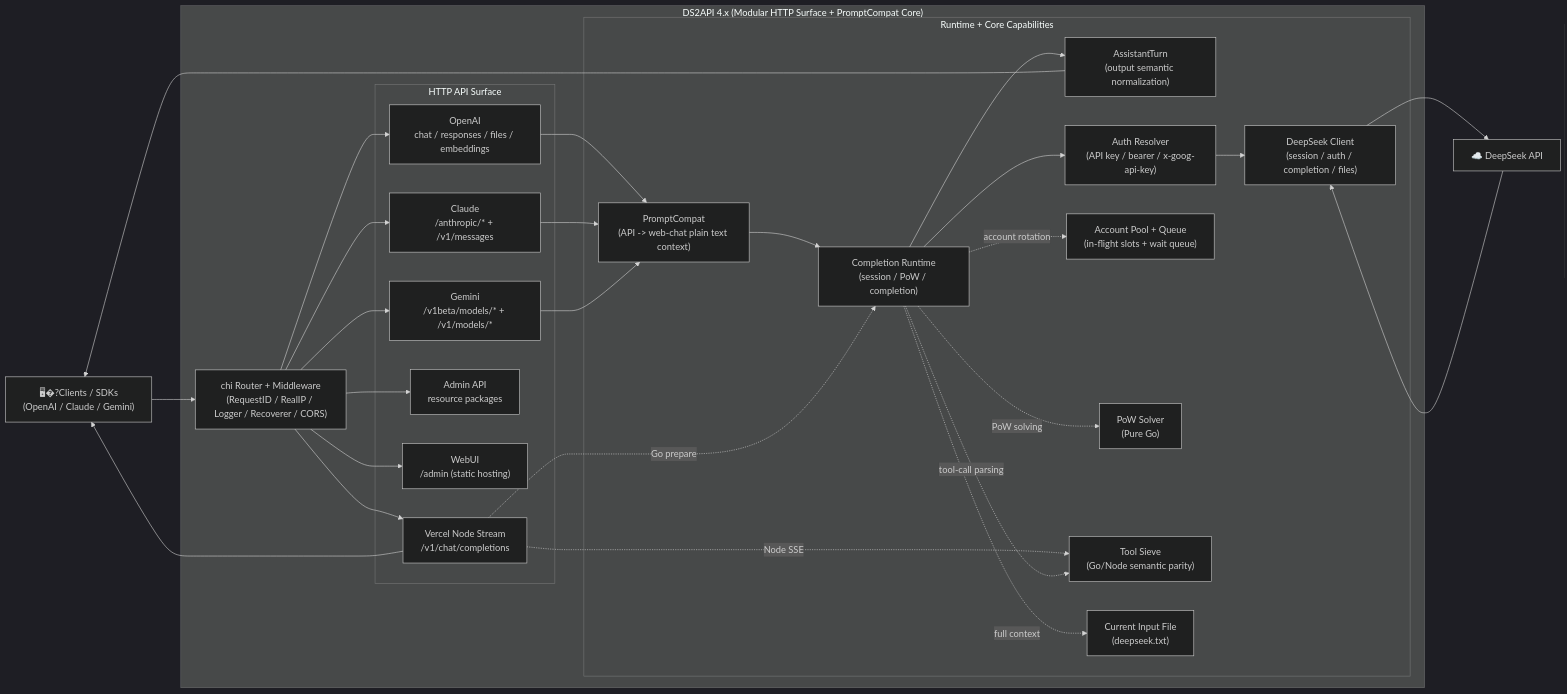
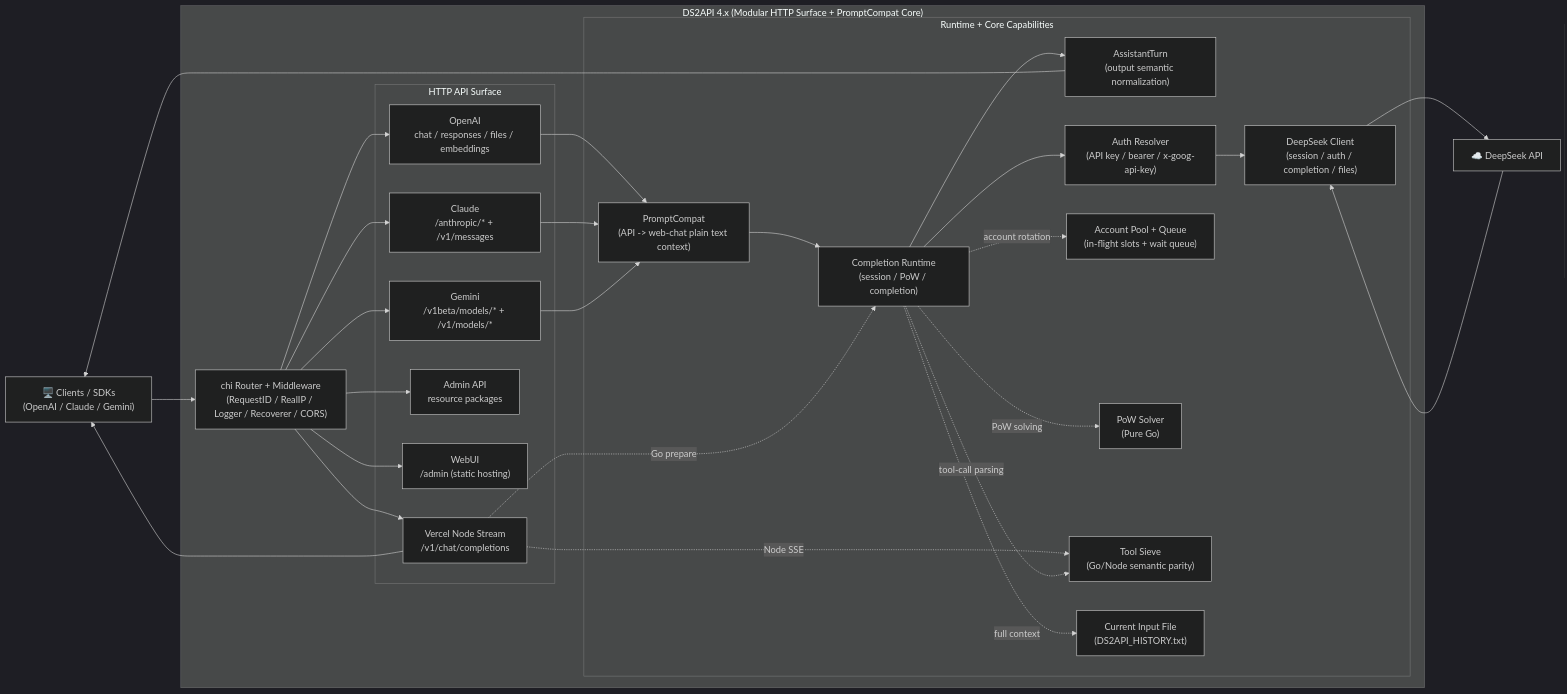
Before and after one commit to ojbkxc/ds2api: the diagram in README.en.md, drawn with Mermaid (dark theme). The commit also changed other lines of this file and 1 other file, not shown here.

````diff
--- a/README.en.md
+++ b/README.en.md
@@ -67,53 +67,53 @@
 ```mermaid
 flowchart LR
-    Client["🖥�?Clients / SDKs\n(OpenAI / Claude / Gemini)"]
+    Client["🖥️ Clients / SDKs\n(OpenAI / Claude / Gemini)"]
     Upstream["☁️ DeepSeek API"]
 
     subgraph DS2API["DS2API 4.x (Modular HTTP Surface + PromptCompat Core)"]
         Router["chi Router + Middleware\n(RequestID / RealIP / Logger / Recoverer / CORS)"]
 
         subgraph HTTP["HTTP API Surface"]
             OA["OpenAI\nchat / responses / files / embeddings"]
             CA["Claude\n/anthropic/* + /v1/messages"]
             GA["Gemini\n/v1beta/models/* + /v1/models/*"]
             Admin["Admin API\nresource packages"]
             WebUI["WebUI\n/admin (static hosting)"]
             Vercel["Vercel Node Stream\n/v1/chat/completions"]
         end
 
         subgraph Runtime["Runtime + Core Capabilities"]
             Compat["PromptCompat\n(API -> web-chat plain text context)"]
             Completion["Completion Runtime\n(session / PoW / completion)"]
             Turn["AssistantTurn\n(output semantic normalization)"]
             Auth["Auth Resolver\n(API key / bearer / x-goog-api-key)"]
             Pool["Account Pool + Queue\n(in-flight slots + wait queue)"]
             DSClient["DeepSeek Client\n(session / auth / completion / files)"]
             Pow["PoW Solver\n(Pure Go)"]
             Tool["Tool Sieve\n(Go/Node semantic parity)"]
-            History["Current Input File\n(deepseek.txt)"]
+            History["Current Input File\n(DS2API_HISTORY.txt)"]
         end
     end
 
     Client --> Router
     Router --> OA & CA & GA
     Router --> Admin
     Router --> WebUI
     Router --> Vercel
 
     OA --> Compat
     CA & GA --> Compat
     Compat --> Completion
     Completion -.full context.-> History
     Completion --> Turn
     Vercel -.Go prepare.-> Completion
     Vercel -.Node SSE.-> Tool
     Completion --> Auth
     Completion -.account rotation.-> Pool
     Completion -.tool-call parsing.-> Tool
     Completion -.PoW solving.-> Pow
     Auth --> DSClient
     DSClient --> Upstream
     Upstream --> DSClient
     Turn --> Client
     Vercel --> Client
 ```
````
